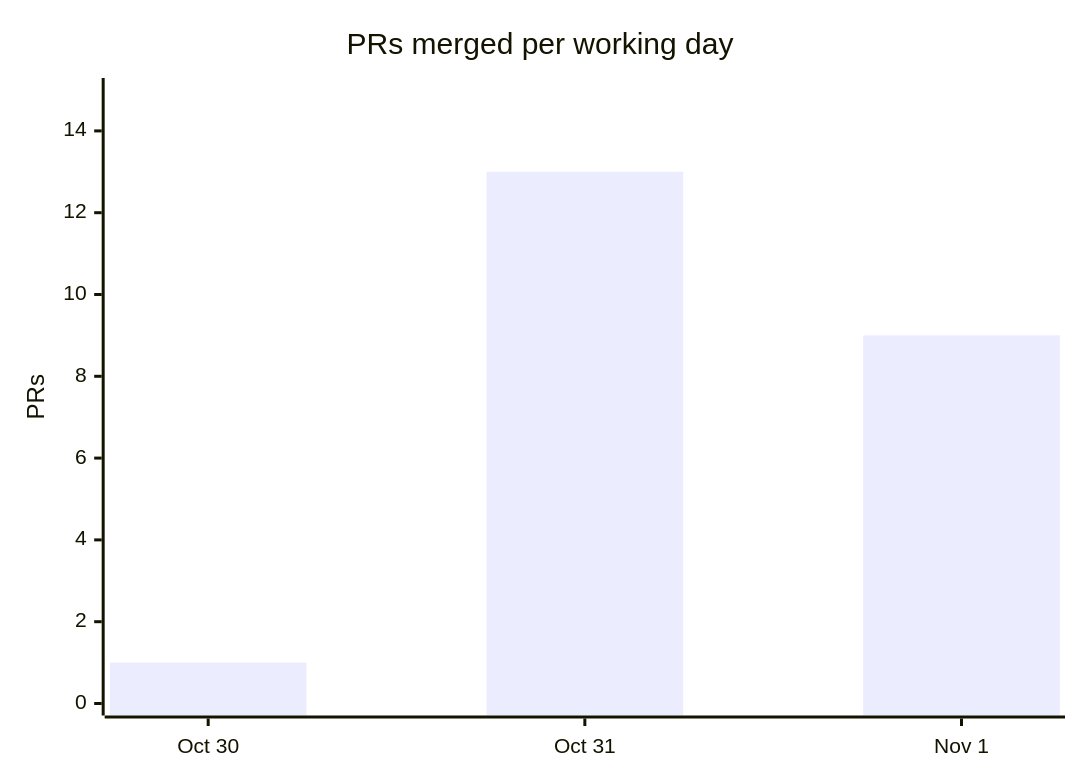
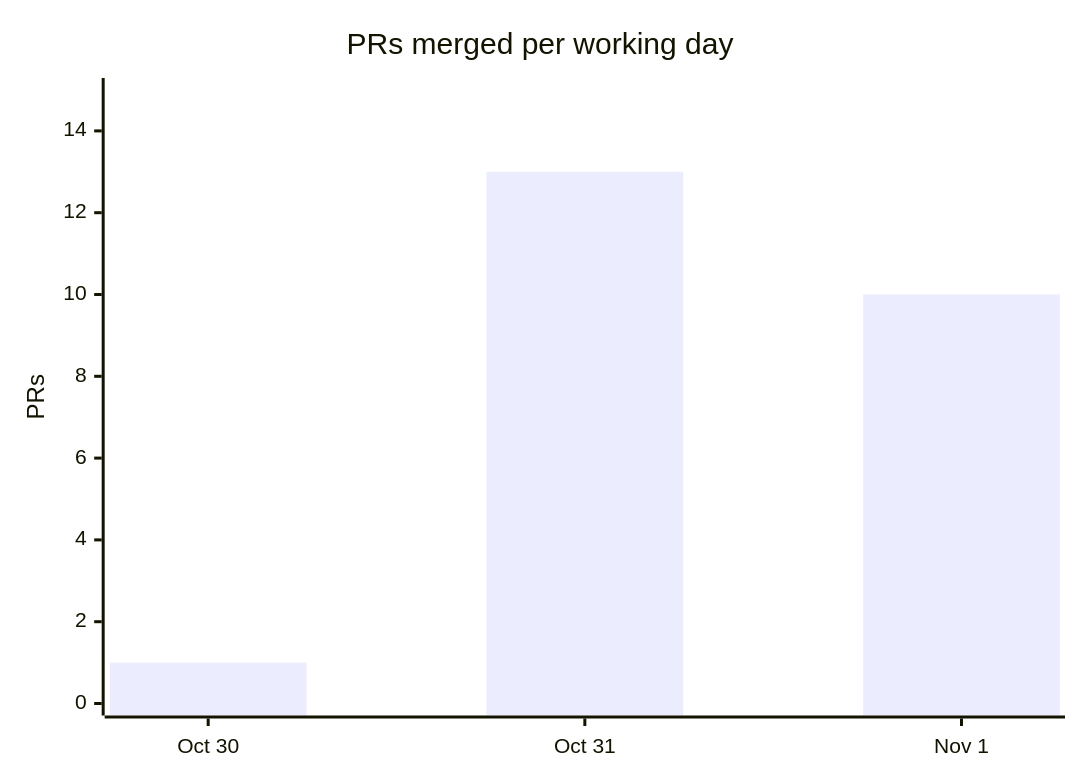
Before and after one commit to cmprssd/nfsh: the fourth of 4 diagrams in docs/OVERVIEW.md, drawn with Mermaid. The commit also changed other lines of this file and 11 other files, not shown here.

````diff
--- a/docs/OVERVIEW.md
+++ b/docs/OVERVIEW.md
@@ -139,7 +139,7 @@
 ```mermaid
 xychart-beta
     title "PRs merged per working day"
     x-axis ["Oct 30", "Oct 31", "Nov 1"]
     y-axis "PRs" 0 --> 15
-    bar [1, 13, 9]
+    bar [1, 13, 10]
 ```
````
